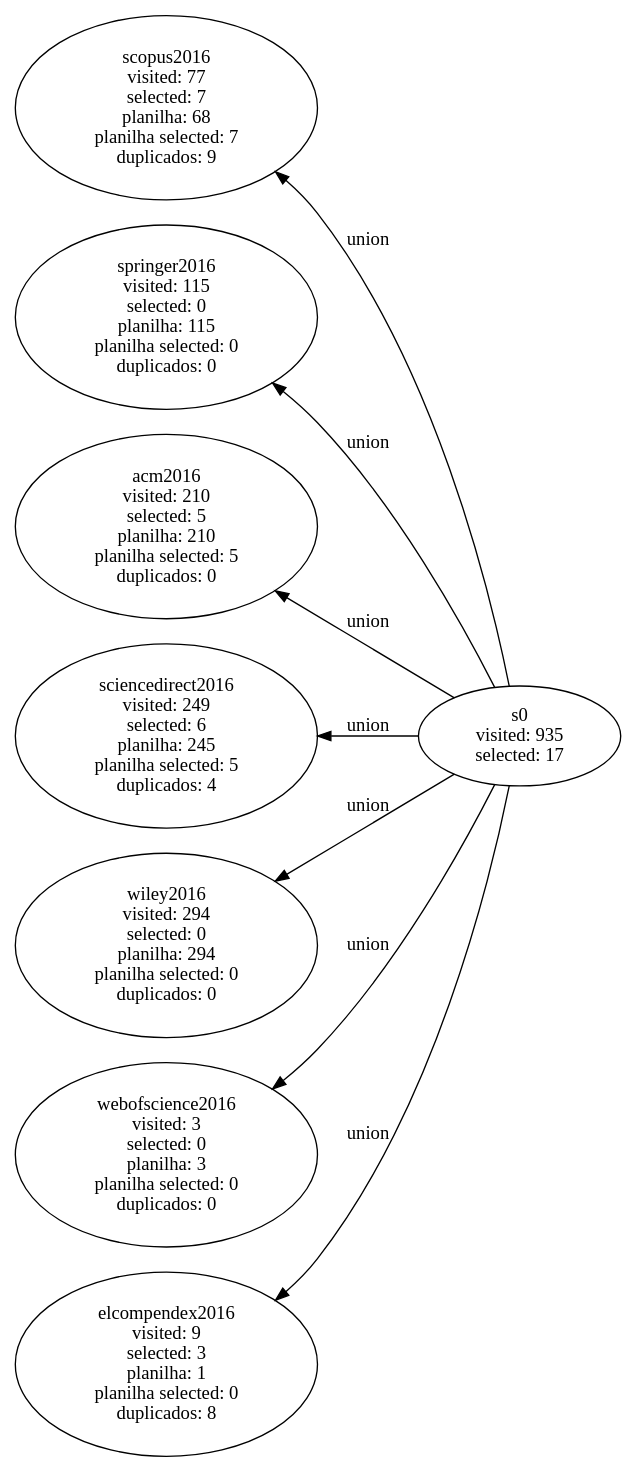
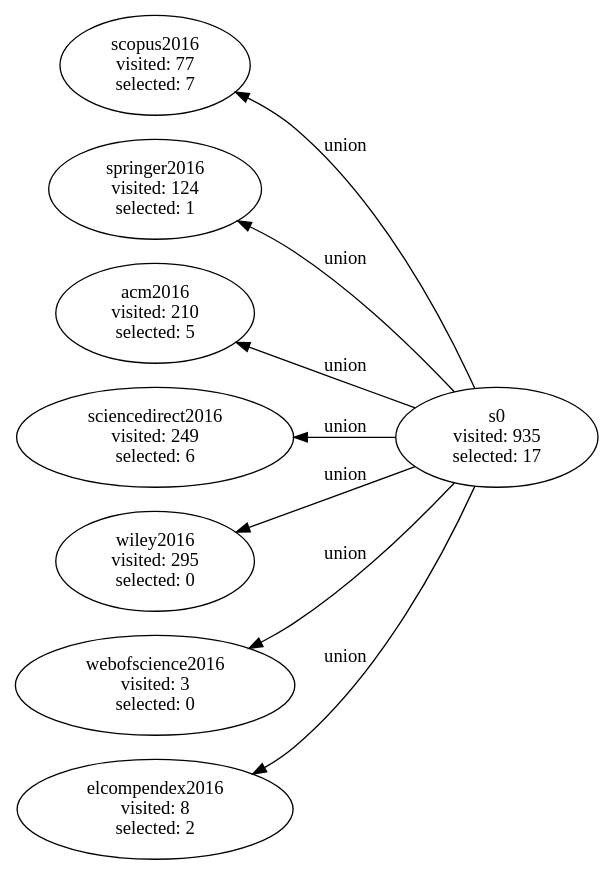
The diagram in experiments/experiment_2/notebooks/final.dot (gems-uff/hybrid-strategies), drawn with Graphviz before and after one commit. The commit also changed 13 other files, not shown here.

```diff
--- a/experiments/experiment_2/notebooks/final.dot
+++ b/experiments/experiment_2/notebooks/final.dot
@@ -1,27 +1,27 @@
 digraph G {
   rankdir="RL";
 
   s0 [label="s0\n visited: 935\n selected: 17"];
   s0 -> scopus2016 [label="union"];
   s0 -> springer2016 [label="union"];
   s0 -> acm2016 [label="union"];
   s0 -> sciencedirect2016 [label="union"];
   s0 -> wiley2016 [label="union"];
   s0 -> webofscience2016 [label="union"];
   s0 -> elcompendex2016 [label="union"];
 
-  scopus2016 [label="scopus2016\n visited: 77\n selected: 7\n planilha: 68\n planilha selected: 7\n duplicados: 9"];
+  scopus2016 [label="scopus2016\n visited: 77\n selected: 7"];
 
-  springer2016 [label="springer2016\n visited: 115\n selected: 0\n planilha: 115\n planilha selected: 0\n duplicados: 0"];
+  springer2016 [label="springer2016\n visited: 124\n selected: 1"];
 
-  acm2016 [label="acm2016\n visited: 210\n selected: 5\n planilha: 210\n planilha selected: 5\n duplicados: 0"];
+  acm2016 [label="acm2016\n visited: 210\n selected: 5"];
 
-  sciencedirect2016 [label="sciencedirect2016\n visited: 249\n selected: 6\n planilha: 245\n planilha selected: 5\n duplicados: 4"];
+  sciencedirect2016 [label="sciencedirect2016\n visited: 249\n selected: 6"];
 
-  wiley2016 [label="wiley2016\n visited: 294\n selected: 0\n planilha: 294\n planilha selected: 0\n duplicados: 0"];
+  wiley2016 [label="wiley2016\n visited: 295\n selected: 0"];
 
-  webofscience2016 [label="webofscience2016\n visited: 3\n selected: 0\n planilha: 3\n planilha selected: 0\n duplicados: 0"];
+  webofscience2016 [label="webofscience2016\n visited: 3\n selected: 0"];
 
-  elcompendex2016 [label="elcompendex2016\n visited: 9\n selected: 3\n planilha: 1\n planilha selected: 0\n duplicados: 8"];
+  elcompendex2016 [label="elcompendex2016\n visited: 8\n selected: 2"];
 
 }
```
